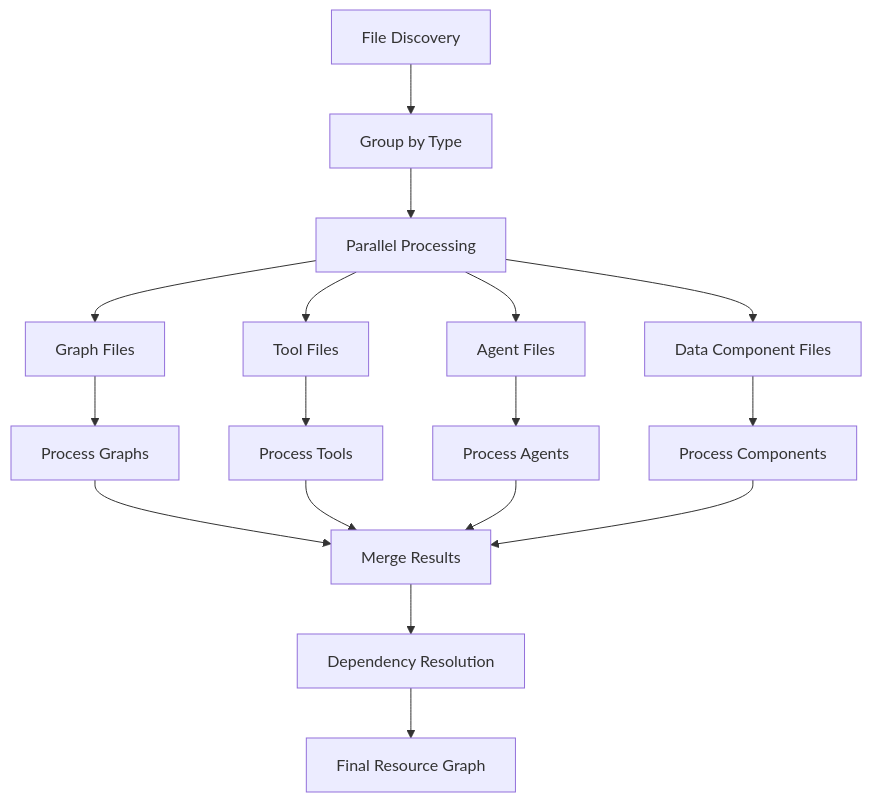
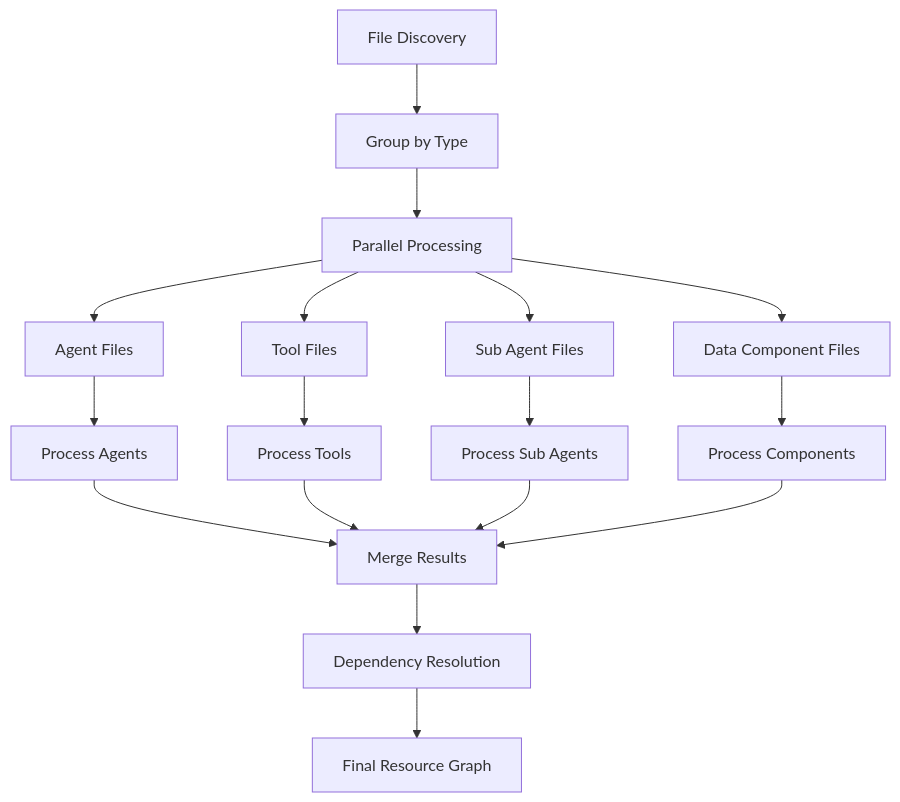
Before and after one commit to inkeep/agents: the seventh of 8 diagrams in agents-docs/content/docs/typescript-sdk/push-pull-workflows.mdx, drawn with Mermaid. The commit also changed other lines of this file and 12 other files, not shown here.

Commit message:
Our naming changes: Graph->Agent, Agent->SubAgent

````diff
--- a/agents-docs/content/docs/typescript-sdk/push-pull-workflows.mdx
+++ b/agents-docs/content/docs/typescript-sdk/push-pull-workflows.mdx
@@ -314,23 +314,23 @@
 ```mermaid
 graph TD
     A[File Discovery] --> B[Group by Type]
     B --> C[Parallel Processing]
 
-    C --> D[Graph Files]
+    C --> D[Agent Files]
     C --> E[Tool Files]
-    C --> F[Agent Files]
+    C --> F[Sub Agent Files]
     C --> G[Data Component Files]
 
-    D --> H[Process Graphs]
+    D --> H[Process Agents]
     E --> I[Process Tools]
-    F --> J[Process Agents]
+    F --> J[Process Sub Agents]
     G --> K[Process Components]
 
     H --> L[Merge Results]
     I --> L
     J --> L
     K --> L
 
     L --> M[Dependency Resolution]
     M --> N[Final Resource Graph]
 ```
````
